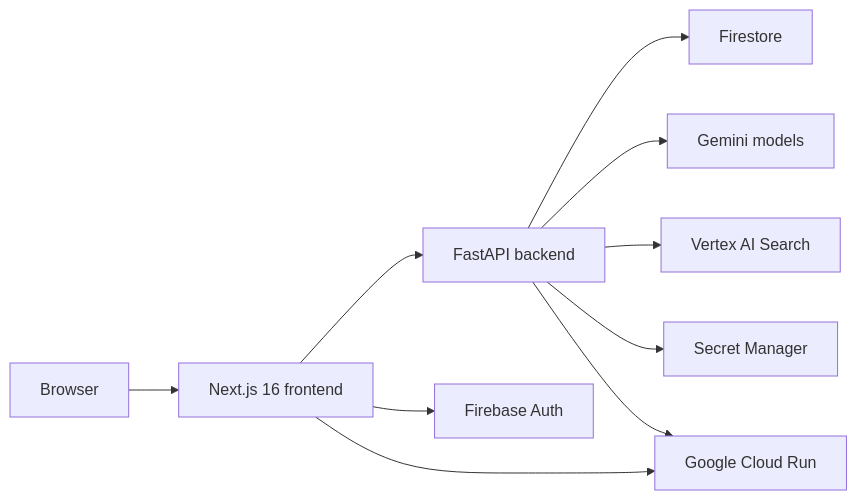
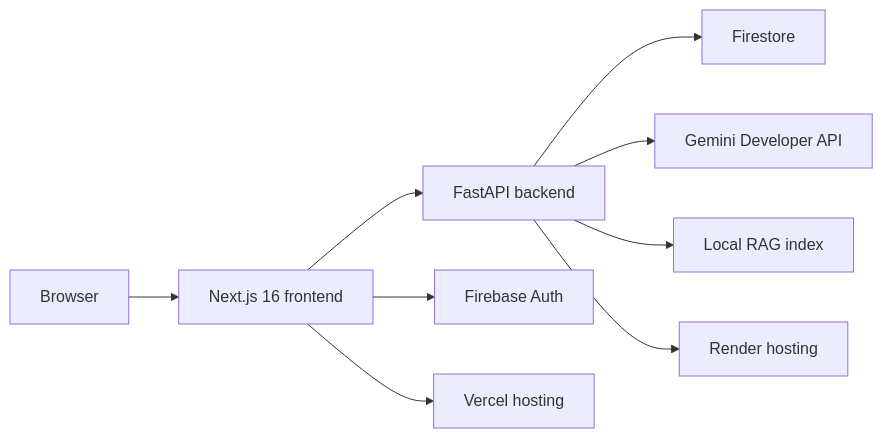
One commit to AlaskanTuna/Layak changed the first of 8 diagrams in README.md. Above: the diagram before and after it, drawn with Mermaid. The commit also changed other lines of this file, not shown here.

Commit message:
docs: rewrite README and CLAUDE.md for free-tier stack (Gemini API key, local RAG, Vercel+Render)

````diff
--- a/README.md
+++ b/README.md
@@ -153,12 +154,11 @@
 ```mermaid
 flowchart LR
     Browser[Browser] --> Frontend[Next.js 16 frontend]
     Frontend --> Backend[FastAPI backend]
     Frontend --> Auth[Firebase Auth]
     Backend --> Firestore[Firestore]
-    Backend --> Gemini[Gemini models]
-    Backend --> Search[Vertex AI Search]
-    Backend --> Secrets[Secret Manager]
-    Frontend --> CloudRun[Google Cloud Run]
-    Backend --> CloudRun
+    Backend --> Gemini[Gemini Developer API]
+    Backend --> Search[Local RAG index]
+    Frontend --> Vercel[Vercel hosting]
+    Backend --> Render[Render hosting]
 ```
````
